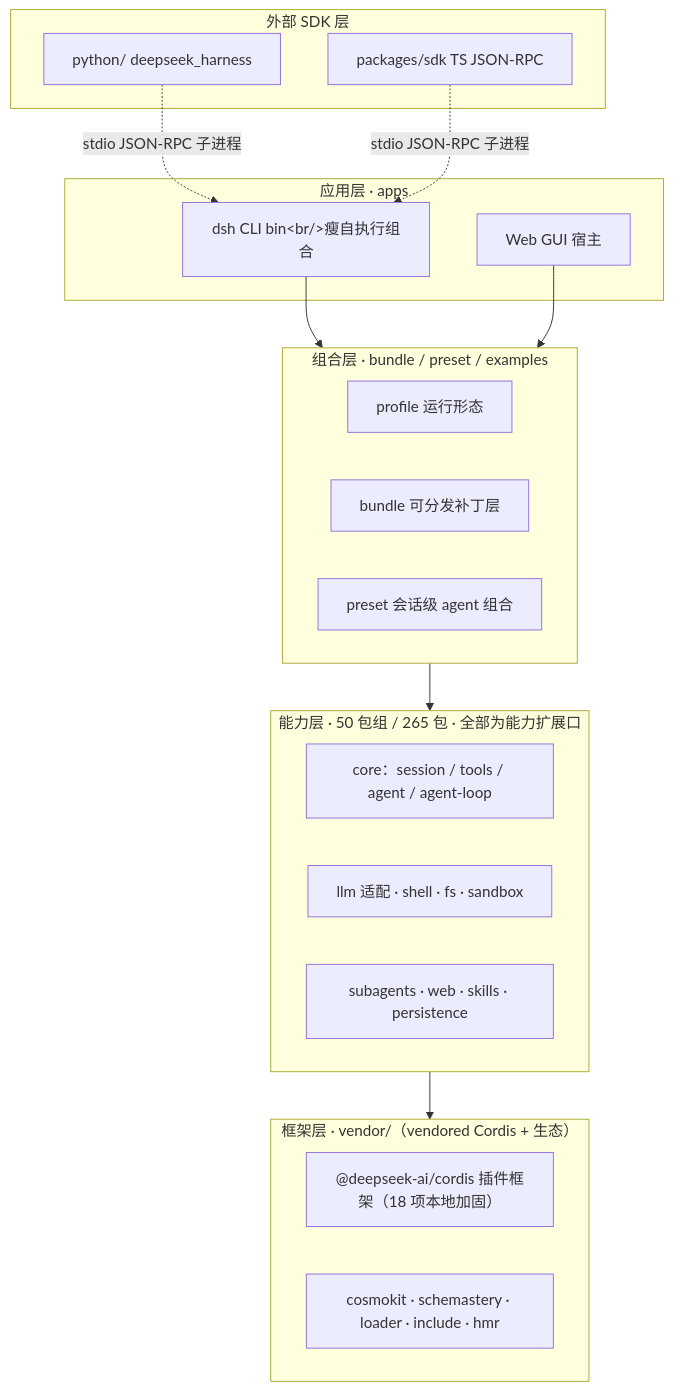
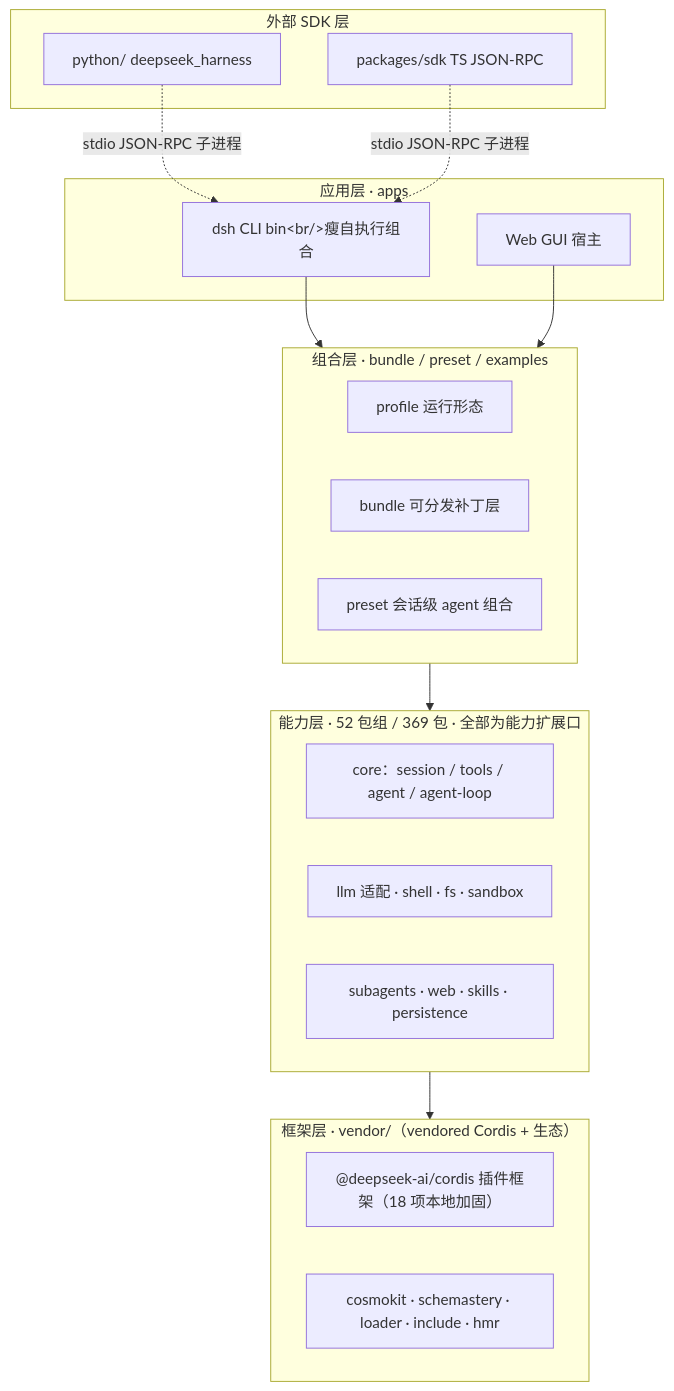
The diagram in docs/report/01-overview.md (ZZKeepCurious/mini-deepseek-harness-python), drawn with Mermaid before and after one commit. The commit also changed other lines of this file and 22 other files, not shown here.

First line of the commit message:
docs: close 2026-10-31 full pass (wire, diagrams, report/04)

````diff
--- a/docs/report/01-overview.md
+++ b/docs/report/01-overview.md
@@ -45,31 +36,31 @@
 ```mermaid
 flowchart TD
   subgraph L1["应用层 · apps"]
     A1["dsh CLI bin&lt;br/&gt;瘦自执行组合"]
     A2["Web GUI 宿主"]
   end
   subgraph L2["组合层 · bundle / preset / examples"]
     B1["profile 运行形态"]
     B2["bundle 可分发补丁层"]
     B3["preset 会话级 agent 组合"]
   end
-  subgraph L3["能力层 · 50 包组 / 265 包 · 全部为能力扩展口"]
+  subgraph L3["能力层 · 52 包组 / 369 包 · 全部为能力扩展口"]
     C1["core：session / tools / agent / agent-loop"]
     C2["llm 适配 · shell · fs · sandbox"]
     C3["subagents · web · skills · persistence"]
   end
   subgraph L4["框架层 · vendor/（vendored Cordis + 生态）"]
     D1["@deepseek-ai/cordis 插件框架（18 项本地加固）"]
     D2["cosmokit · schemastery · loader · include · hmr"]
   end
   subgraph L5["外部 SDK 层"]
     E1["python/ deepseek_harness"]
     E2["packages/sdk TS JSON-RPC"]
   end
   A1 --> L2
   A2 --> L2
   L2 --> L3
   L3 --> L4
   E1 -.stdio JSON-RPC 子进程.-> A1
   E2 -.stdio JSON-RPC 子进程.-> A1
 ```
````
